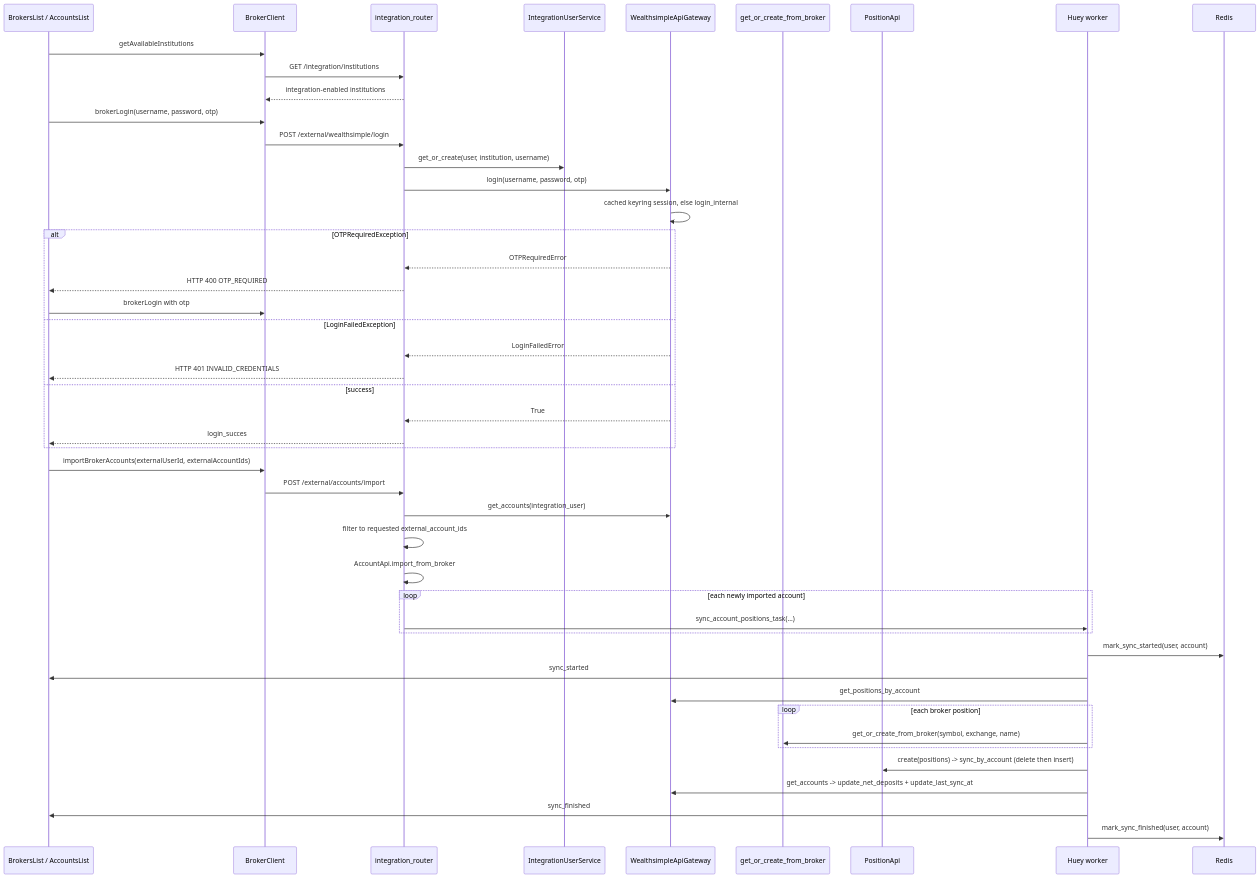
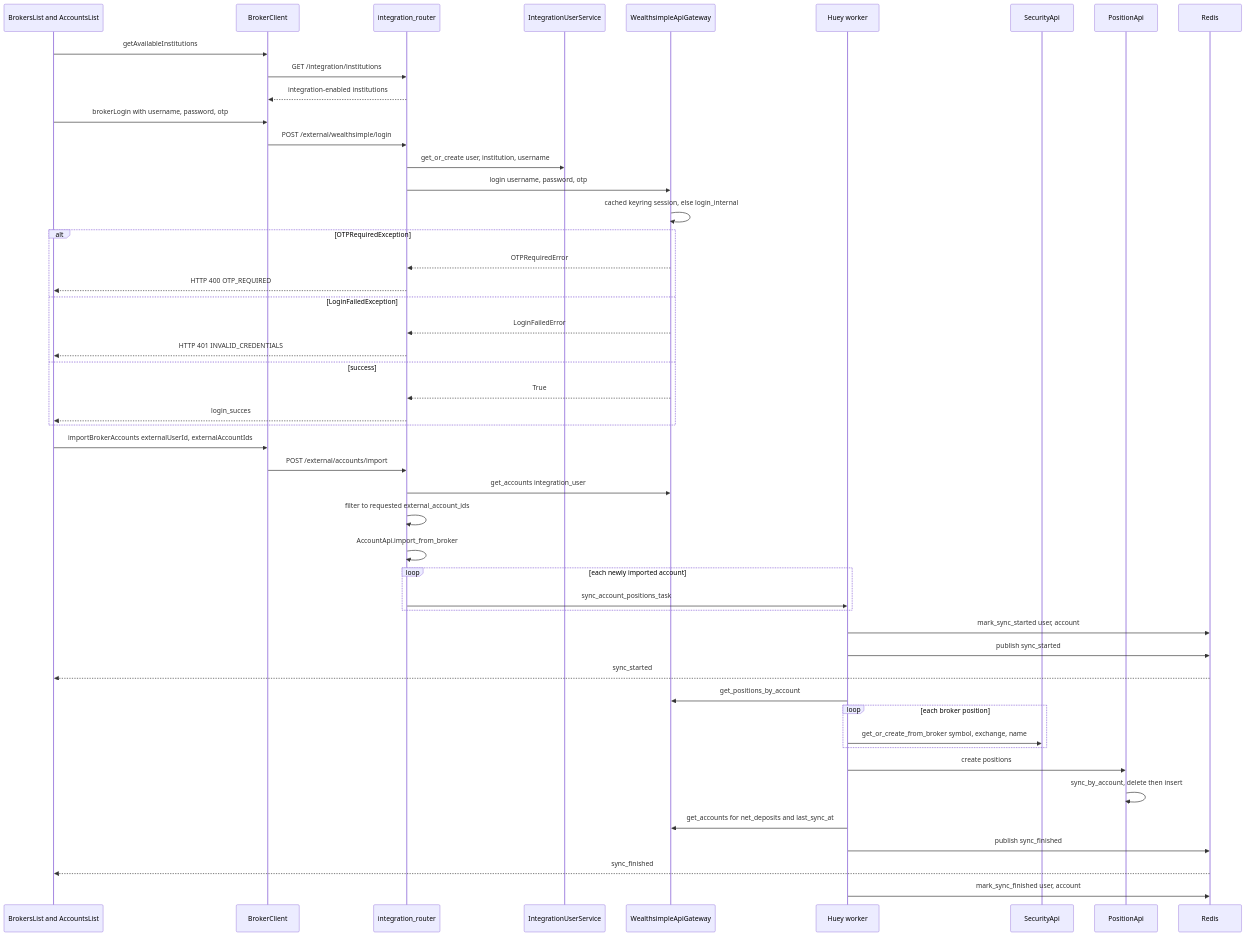
Before and after one commit to havekes/retail-portfolio: the first of 2 diagrams in openwiki/workflows/broker-sync.md, drawn with Mermaid. The commit also changed other lines of this file and 51 other files, not shown here.

````diff
--- a/openwiki/workflows/broker-sync.md
+++ b/openwiki/workflows/broker-sync.md
@@ -118,50 +124,52 @@
 ```mermaid
 sequenceDiagram
-    participant UI as BrokersList / AccountsList
+    participant UI as BrokersList and AccountsList
     participant BC as BrokerClient
     participant R as integration_router
     participant SVC as IntegrationUserService
     participant GW as WealthsimpleApiGateway
-    participant API as get_or_create_from_broker
+    participant Q as Huey worker
+    participant API as SecurityApi
     participant P as PositionApi
-    participant Q as Huey worker
     participant X as Redis
 
     UI->>BC: getAvailableInstitutions
     BC->>R: GET /integration/institutions
     R-->>BC: integration-enabled institutions
-    UI->>BC: brokerLogin(username, password, otp)
+    UI->>BC: brokerLogin with username, password, otp
     BC->>R: POST /external/wealthsimple/login
-    R->>SVC: get_or_create(user, institution, username)
-    R->>GW: login(username, password, otp)
+    R->>SVC: get_or_create user, institution, username
+    R->>GW: login username, password, otp
     GW->>GW: cached keyring session, else login_internal
     alt OTPRequiredException
         GW-->>R: OTPRequiredError
         R-->>UI: HTTP 400 OTP_REQUIRED
-        UI->>BC: brokerLogin with otp
     else LoginFailedException
         GW-->>R: LoginFailedError
         R-->>UI: HTTP 401 INVALID_CREDENTIALS
     else success
         GW-->>R: True
         R-->>UI: login_succes
     end
-    UI->>BC: importBrokerAccounts(externalUserId, externalAccountIds)
+    UI->>BC: importBrokerAccounts externalUserId, externalAccountIds
     BC->>R: POST /external/accounts/import
-    R->>GW: get_accounts(integration_user)
+    R->>GW: get_accounts integration_user
     R->>R: filter to requested external_account_ids
     R->>R: AccountApi.import_from_broker
     loop each newly imported account
-        R->>Q: sync_account_positions_task(...)
+        R->>Q: sync_account_positions_task
     end
-    Q->>X: mark_sync_started(user, account)
-    Q->>UI: sync_started
+    Q->>X: mark_sync_started user, account
+    Q->>X: publish sync_started
+    X-->>UI: sync_started
     Q->>GW: get_positions_by_account
     loop each broker position
-        Q->>API: get_or_create_from_broker(symbol, exchange, name)
+        Q->>API: get_or_create_from_broker symbol, exchange, name
     end
-    Q->>P: create(positions) -> sync_by_account (delete then insert)
-    Q->>GW: get_accounts -> update_net_deposits + update_last_sync_at
-    Q->>UI: sync_finished
-    Q->>X: mark_sync_finished(user, account)
+    Q->>P: create positions
+    P->>P: sync_by_account, delete then insert
+    Q->>GW: get_accounts for net_deposits and last_sync_at
+    Q->>X: publish sync_finished
+    X-->>UI: sync_finished
+    Q->>X: mark_sync_finished user, account
 ```
````
